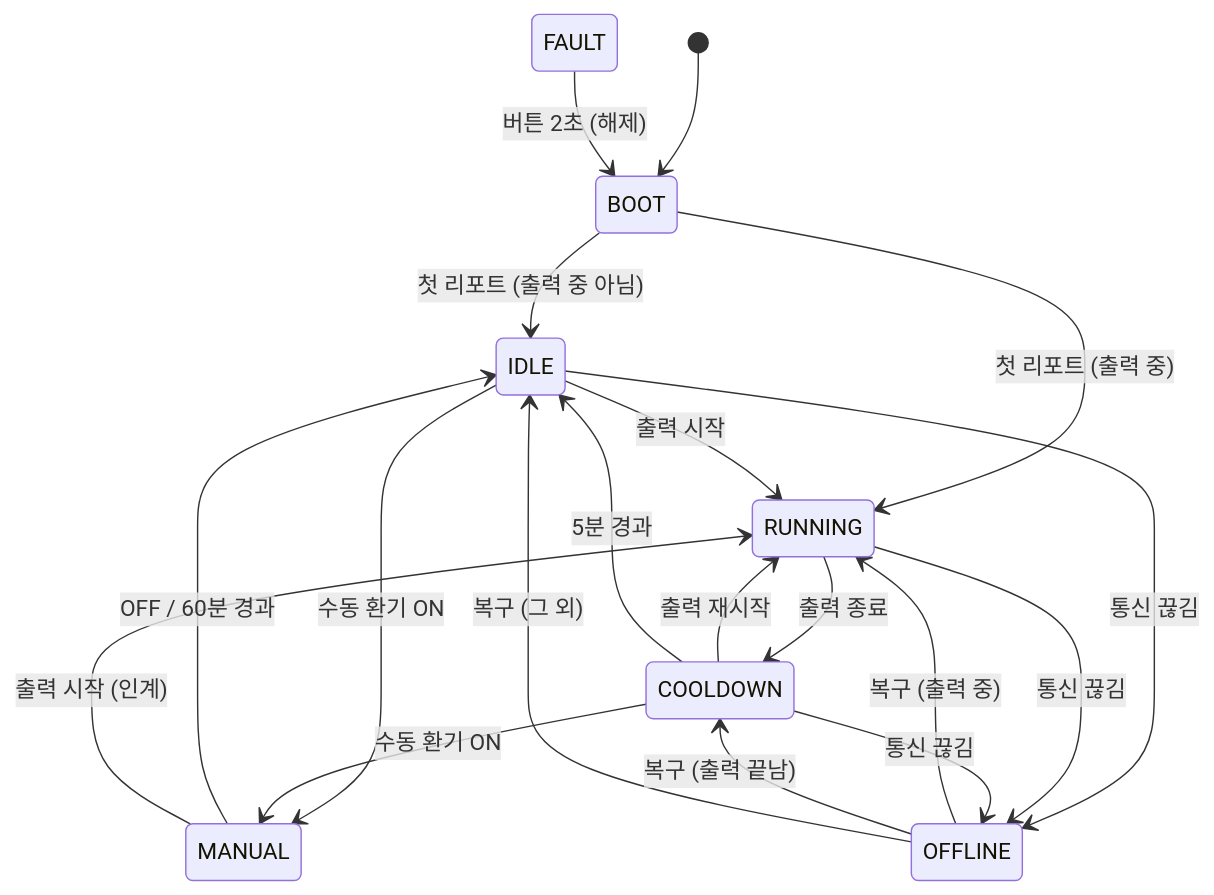
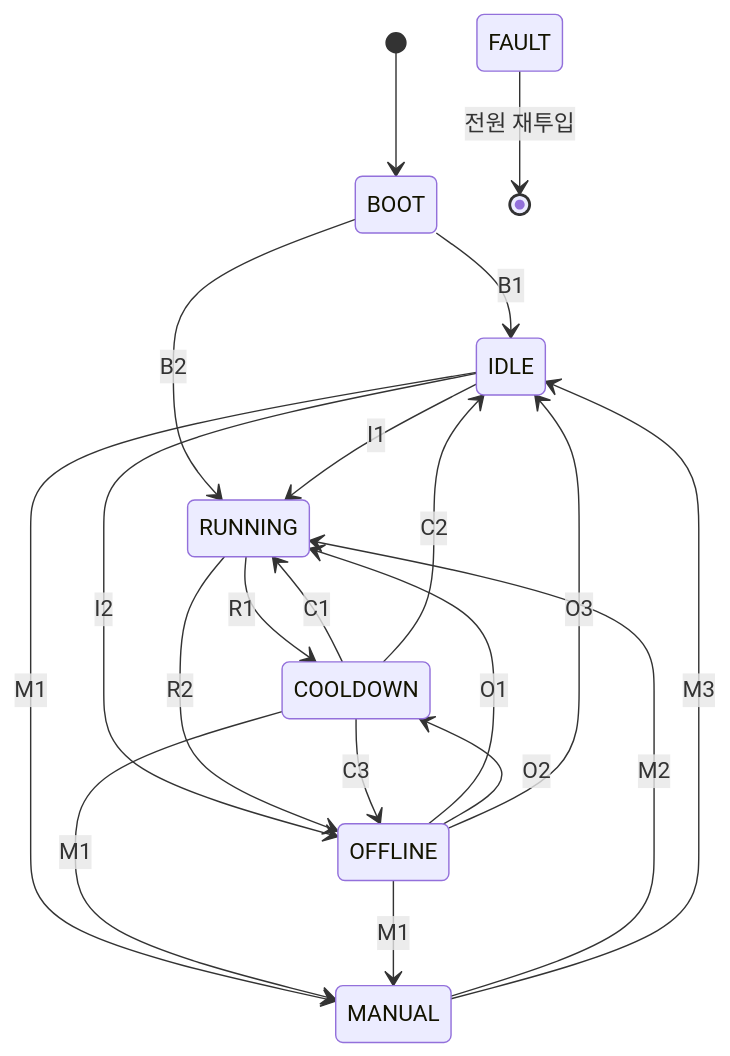
Before and after one commit to lota09/AutoExhaust: the diagram in docs/AutoExhaust_Flow.md, drawn with Mermaid. The commit also changed other lines of this file and 12 other files, not shown here.

````diff
--- a/docs/AutoExhaust_Flow.md
+++ b/docs/AutoExhaust_Flow.md
@@ -11,22 +13,23 @@
 ```mermaid
 stateDiagram-v2
     direction TB
     [*] --> BOOT
-    BOOT --> IDLE : 첫 리포트 (출력 중 아님)
-    BOOT --> RUNNING : 첫 리포트 (출력 중)
-    IDLE --> RUNNING : 출력 시작
-    RUNNING --> COOLDOWN : 출력 종료
-    COOLDOWN --> RUNNING : 출력 재시작
-    COOLDOWN --> IDLE : 5분 경과
-    IDLE --> MANUAL : 수동 환기 ON
-    COOLDOWN --> MANUAL : 수동 환기 ON
-    MANUAL --> IDLE : OFF / 60분 경과
-    MANUAL --> RUNNING : 출력 시작 (인계)
-    IDLE --> OFFLINE : 통신 끊김
-    RUNNING --> OFFLINE : 통신 끊김
-    COOLDOWN --> OFFLINE : 통신 끊김
-    OFFLINE --> RUNNING : 복구 (출력 중)
-    OFFLINE --> COOLDOWN : 복구 (출력 끝남)
-    OFFLINE --> IDLE : 복구 (그 외)
-    FAULT --> BOOT : 버튼 2초 (해제)
+    BOOT --> IDLE : B1
+    BOOT --> RUNNING : B2
+    IDLE --> RUNNING : I1
+    IDLE --> OFFLINE : I2
+    IDLE --> MANUAL : M1
+    RUNNING --> COOLDOWN : R1
+    RUNNING --> OFFLINE : R2
+    COOLDOWN --> RUNNING : C1
+    COOLDOWN --> IDLE : C2
+    COOLDOWN --> OFFLINE : C3
+    COOLDOWN --> MANUAL : M1
+    MANUAL --> RUNNING : M2
+    MANUAL --> IDLE : M3
+    OFFLINE --> RUNNING : O1
+    OFFLINE --> COOLDOWN : O2
+    OFFLINE --> IDLE : O3
+    OFFLINE --> MANUAL : M1
+    FAULT --> [*] : 전원 재투입
 ```
````
